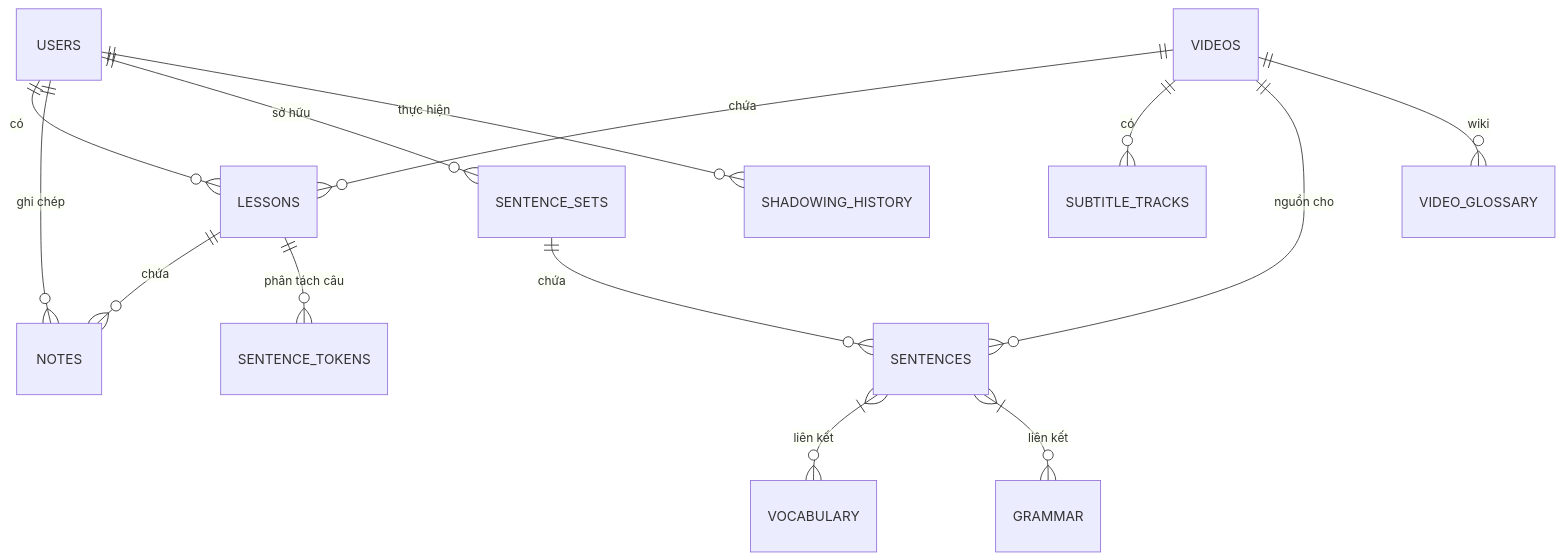
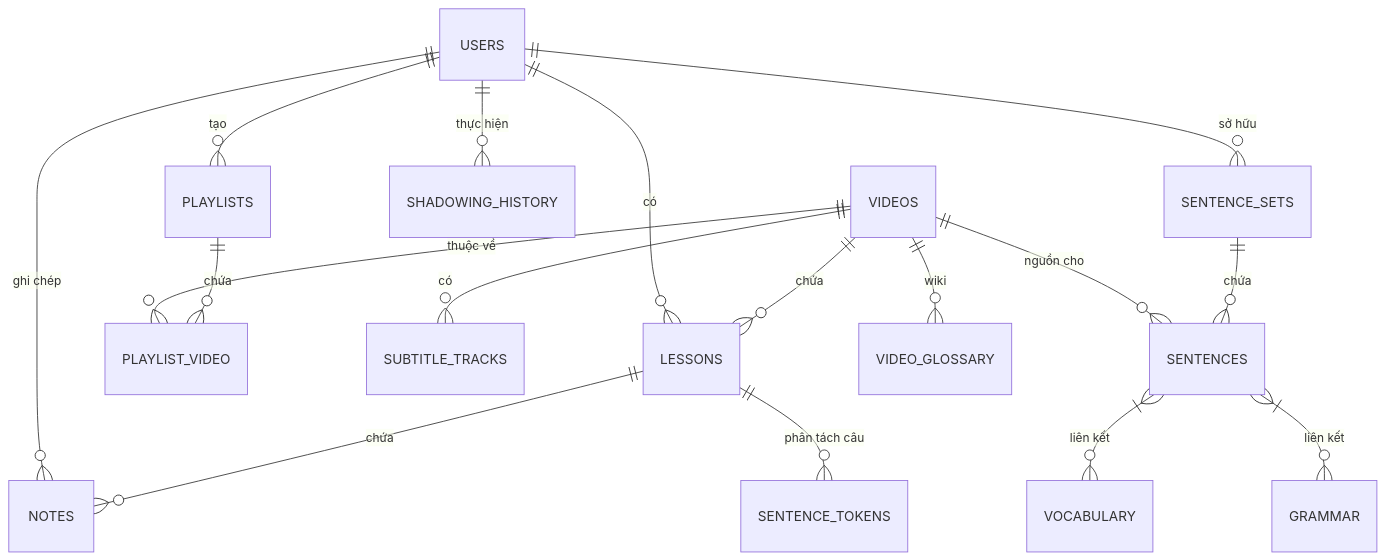
The diagram in docs/DATABASE_SCHEMA.md (thanhnt94/podlearn), drawn with Mermaid before and after one commit. The commit also changed other lines of this file and 4 other files, not shown here.

````diff
--- a/docs/DATABASE_SCHEMA.md
+++ b/docs/DATABASE_SCHEMA.md
@@ -7,20 +7,23 @@
 ```mermaid
 erDiagram
     USERS ||--o{ LESSONS : "có"
     USERS ||--o{ NOTES : "ghi chép"
     USERS ||--o{ SENTENCE_SETS : "sở hữu"
+    USERS ||--o{ PLAYLISTS : "tạo"
     USERS ||--o{ SHADOWING_HISTORY : "thực hiện"
     
     VIDEOS ||--o{ LESSONS : "chứa"
+    VIDEOS ||--o{ PLAYLIST_VIDEO : "thuộc về"
+    PLAYLISTS ||--o{ PLAYLIST_VIDEO : "chứa"
     VIDEOS ||--o{ SUBTITLE_TRACKS : "có"
     VIDEOS ||--o{ SENTENCES : "nguồn cho"
     VIDEOS ||--o{ VIDEO_GLOSSARY : "wiki"
     
     LESSONS ||--o{ NOTES : "chứa"
     LESSONS ||--o{ SENTENCE_TOKENS : "phân tách câu"
     
     SENTENCE_SETS ||--o{ SENTENCES : "chứa"
     
     SENTENCES }|--o{ VOCABULARY : "liên kết"
     SENTENCES }|--o{ GRAMMAR : "liên kết"
 ```
````
